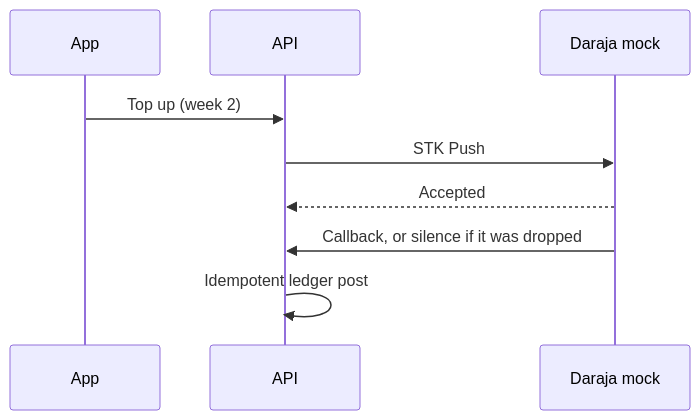
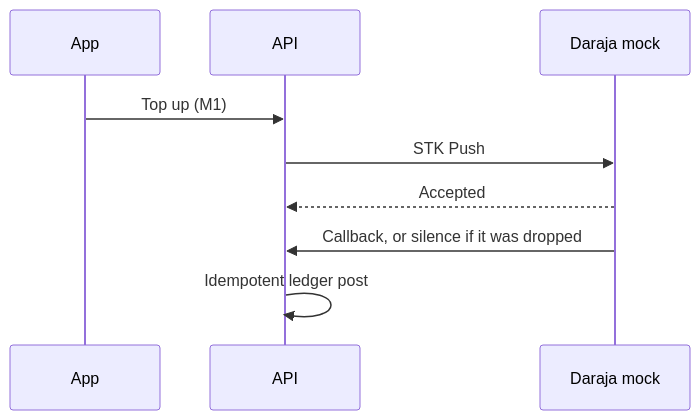
Before and after one commit to benweru/xmoney-kenya: the second of 2 diagrams in README.md, drawn with Mermaid. The commit also changed other lines of this file, not shown here.

````diff
--- a/README.md
+++ b/README.md
@@ -53,11 +64,11 @@
 ```mermaid
 sequenceDiagram
   participant App
   participant API
   participant Mock as Daraja mock
-  App->>API: Top up (week 2)
+  App->>API: Top up (M1)
   API->>Mock: STK Push
   Mock-->>API: Accepted
   Mock->>API: Callback, or silence if it was dropped
   API->>API: Idempotent ledger post
 ```
````
